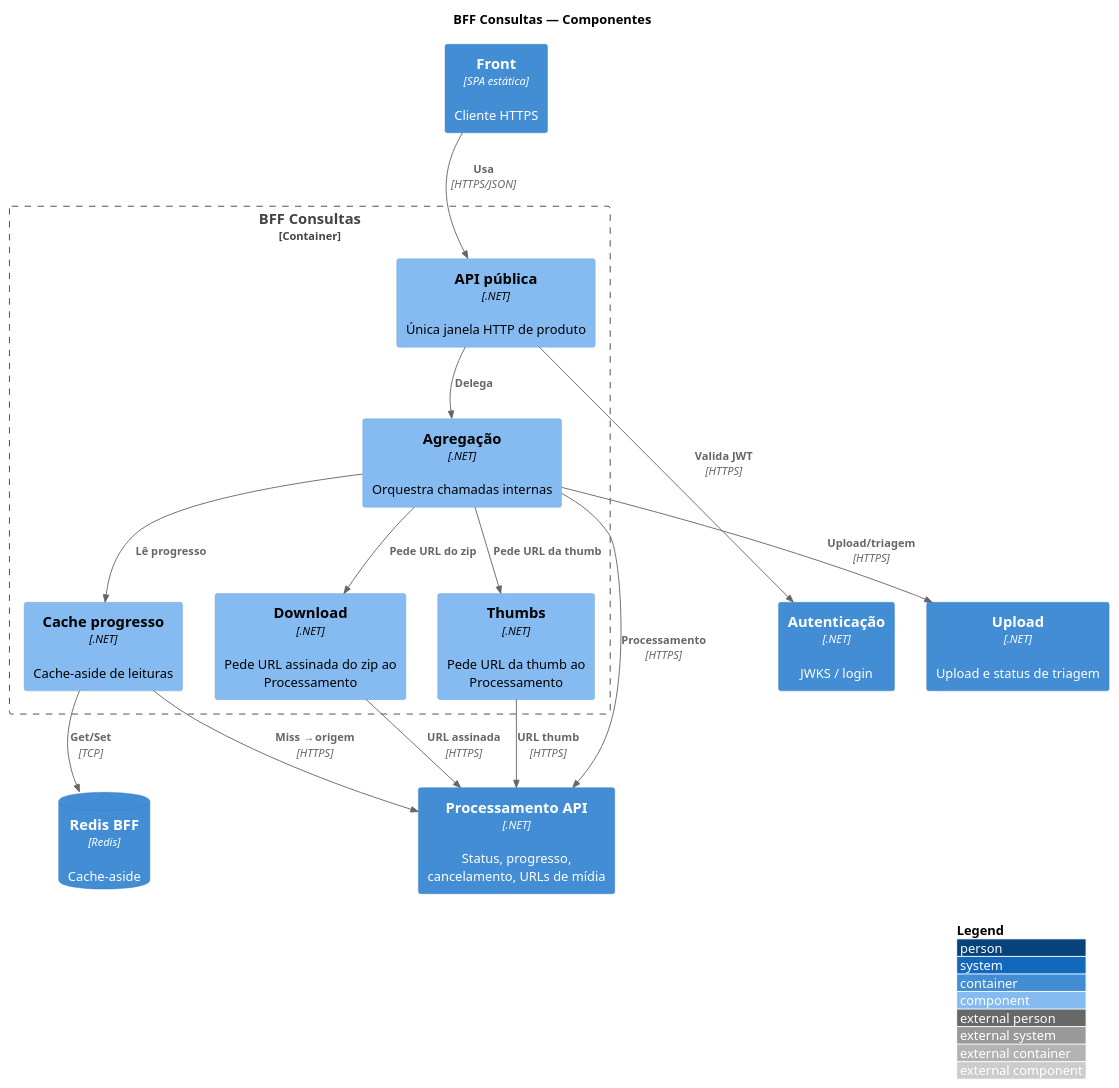
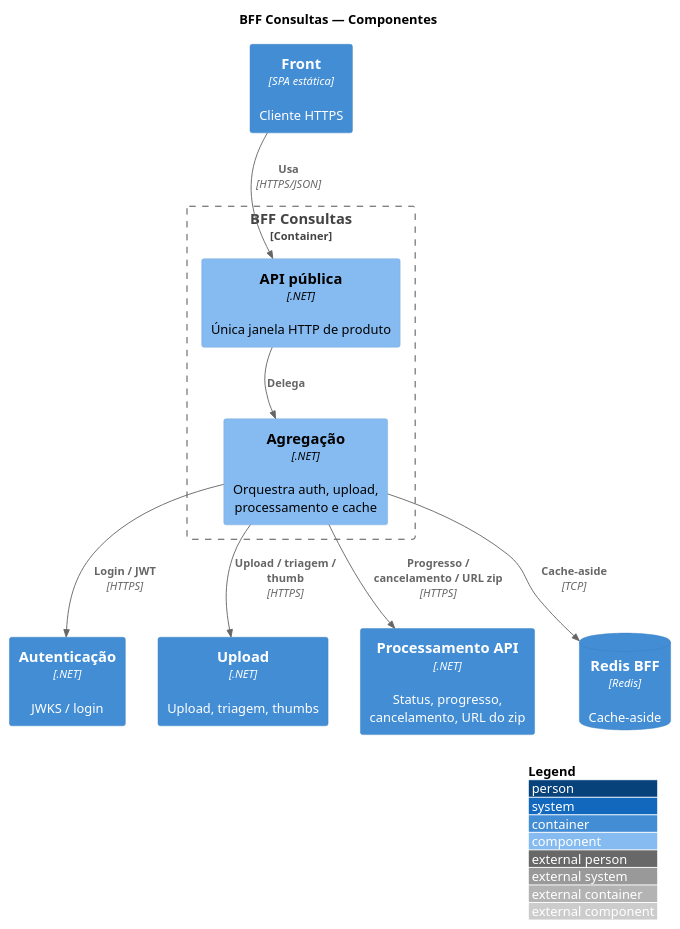
One commit to fiap-x-vcosta/docs changed the diagram in arquitetura/09_componentes-bff.puml. Above: the diagram before and after it, drawn with PlantUML. The commit also changed 13 other files, not shown here.

First line of the commit message:
docs: thumbs no Upload, cancel via Pub/Sub e BFF enxuto

```diff
--- a/arquitetura/09_componentes-bff.puml
+++ b/arquitetura/09_componentes-bff.puml
@@ -1,45 +1,34 @@
 @startuml 09_componentes-bff
 !include https://raw.githubusercontent.com/plantuml-stdlib/C4-PlantUML/master/C4_Component.puml
 
 LAYOUT_WITH_LEGEND()
 LAYOUT_TOP_DOWN()
 
 title BFF Consultas — Componentes
 
 Container(web, "Front", "SPA estática", "Cliente HTTPS")
 Container(auth, "Autenticação", ".NET", "JWKS / login")
-Container(upload, "Upload", ".NET", "Upload e status de triagem")
-Container(procApi, "Processamento API", ".NET", "Status, progresso, cancelamento, URLs de mídia")
+Container(upload, "Upload", ".NET", "Upload, triagem, thumbs")
+Container(procApi, "Processamento API", ".NET", "Status, progresso, cancelamento, URL do zip")
 ContainerDb(redis, "Redis BFF", "Redis", "Cache-aside")
 
 Container_Boundary(bff, "BFF Consultas") {
   Component(gateway, "API pública", ".NET", "Única janela HTTP de produto")
-  Component(agg, "Agregação", ".NET", "Orquestra chamadas internas")
-  Component(cache, "Cache progresso", ".NET", "Cache-aside de leituras")
-  Component(download, "Download", ".NET", "Pede URL assinada do zip ao Processamento")
-  Component(thumbs, "Thumbs", ".NET", "Pede URL da thumb ao Processamento")
+  Component(agg, "Agregação", ".NET", "Orquestra auth, upload, processamento e cache")
 }
 
 Rel(web, gateway, "Usa", "HTTPS/JSON")
-Rel(gateway, auth, "Valida JWT", "HTTPS")
 Rel(gateway, agg, "Delega")
-Rel(agg, upload, "Upload/triagem", "HTTPS")
-Rel(agg, procApi, "Processamento", "HTTPS")
-Rel(agg, cache, "Lê progresso")
-Rel(cache, redis, "Get/Set", "TCP")
-Rel(cache, procApi, "Miss → origem", "HTTPS")
-Rel(agg, download, "Pede URL do zip")
-Rel(download, procApi, "URL assinada", "HTTPS")
-Rel(agg, thumbs, "Pede URL da thumb")
-Rel(thumbs, procApi, "URL thumb", "HTTPS")
+Rel(agg, auth, "Login / JWT", "HTTPS")
+Rel(agg, upload, "Upload / triagem / thumb", "HTTPS")
+Rel(agg, procApi, "Progresso / cancelamento / URL zip", "HTTPS")
+Rel(agg, redis, "Cache-aside", "TCP")
 
 Lay_D(web, gateway)
 Lay_D(gateway, agg)
-Lay_R(cache, download)
-Lay_R(download, thumbs)
-Lay_D(agg, cache)
+Lay_D(agg, redis)
 Lay_R(auth, upload)
 Lay_R(upload, procApi)
-Lay_D(cache, redis)
+Lay_D(agg, auth)
 
 @enduml
```
